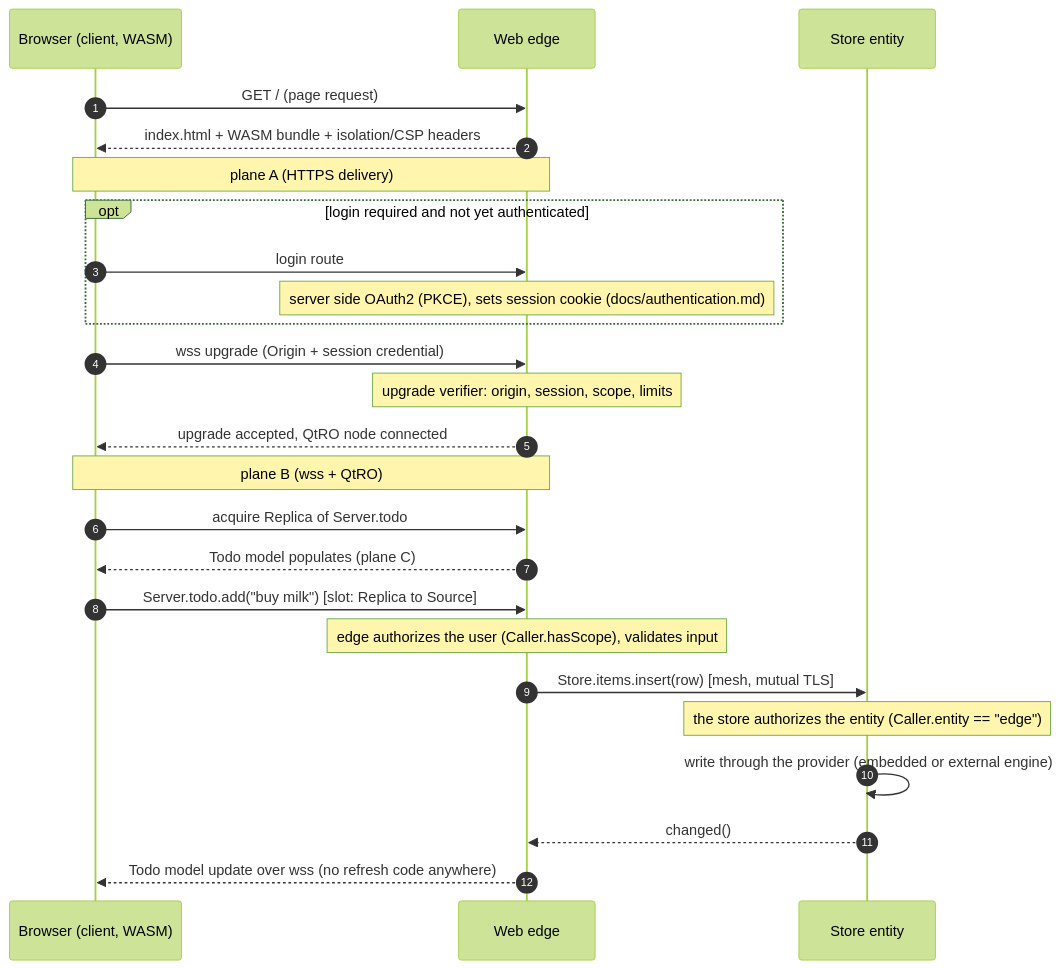
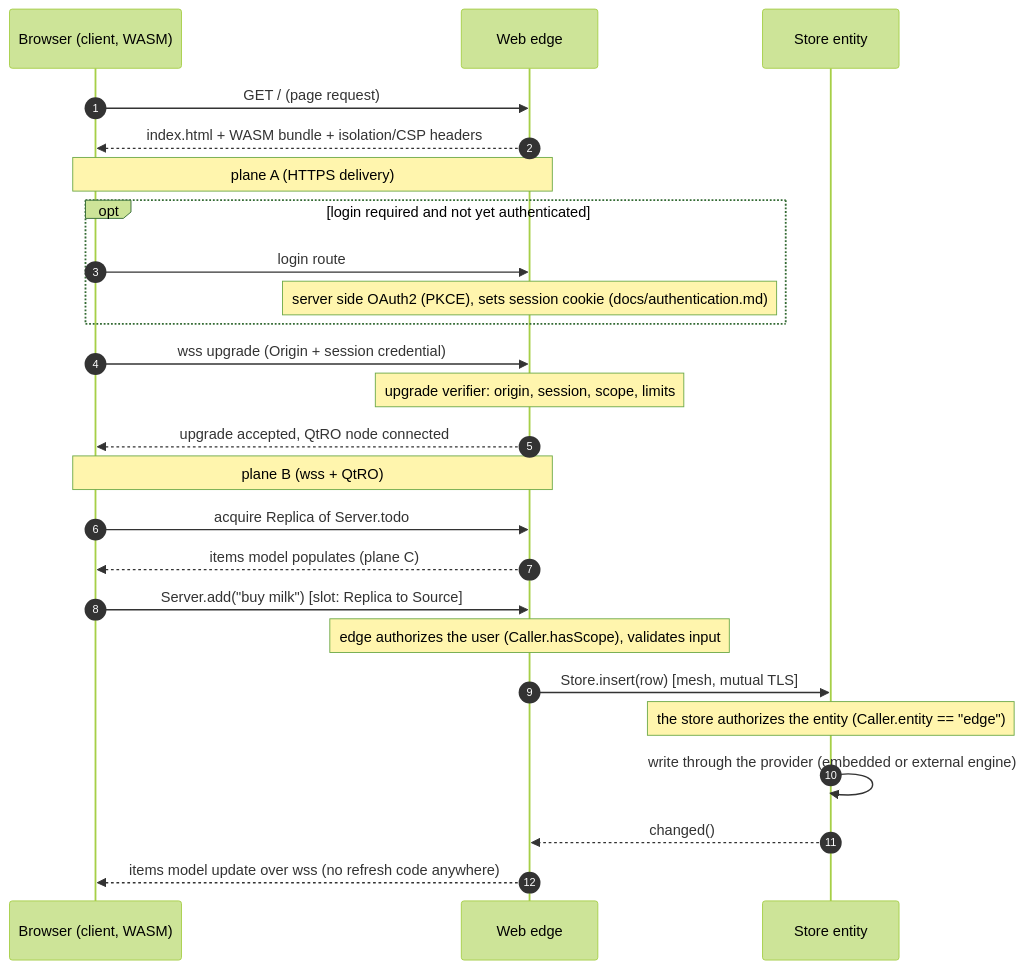
Before and after one commit to Kidev/SynQt: the second of 2 diagrams in docs/architecture.md, drawn with Mermaid (forest theme). The commit also changed other lines of this file and 115 other files, not shown here.

````diff
--- a/docs/architecture.md
+++ b/docs/architecture.md
@@ -235,27 +235,27 @@
 ```mermaid
 sequenceDiagram
     autonumber
     participant B as Browser (client, WASM)
     participant E as Web edge
     participant D as Store entity
     B->>E: GET / (page request)
     E-->>B: index.html + WASM bundle + isolation/CSP headers
     Note over B,E: plane A (HTTPS delivery)
     opt login required and not yet authenticated
         B->>E: login route
         Note over E: server side OAuth2 (PKCE), sets session cookie (docs/authentication.md)
     end
     B->>E: wss upgrade (Origin + session credential)
     Note over E: upgrade verifier: origin, session, scope, limits
     E-->>B: upgrade accepted, QtRO node connected
     Note over B,E: plane B (wss + QtRO)
     B->>E: acquire Replica of Server.todo
-    E-->>B: Todo model populates (plane C)
-    B->>E: Server.todo.add("buy milk")  [slot: Replica to Source]
+    E-->>B: items model populates (plane C)
+    B->>E: Server.add("buy milk")  [slot: Replica to Source]
     Note over E: edge authorizes the user (Caller.hasScope), validates input
-    E->>D: Store.items.insert(row)  [mesh, mutual TLS]
+    E->>D: Store.insert(row)  [mesh, mutual TLS]
     Note over D: the store authorizes the entity (Caller.entity == "edge")
     D->>D: write through the provider (embedded or external engine)
     D-->>E: changed()
-    E-->>B: Todo model update over wss (no refresh code anywhere)
+    E-->>B: items model update over wss (no refresh code anywhere)
 ```
````
